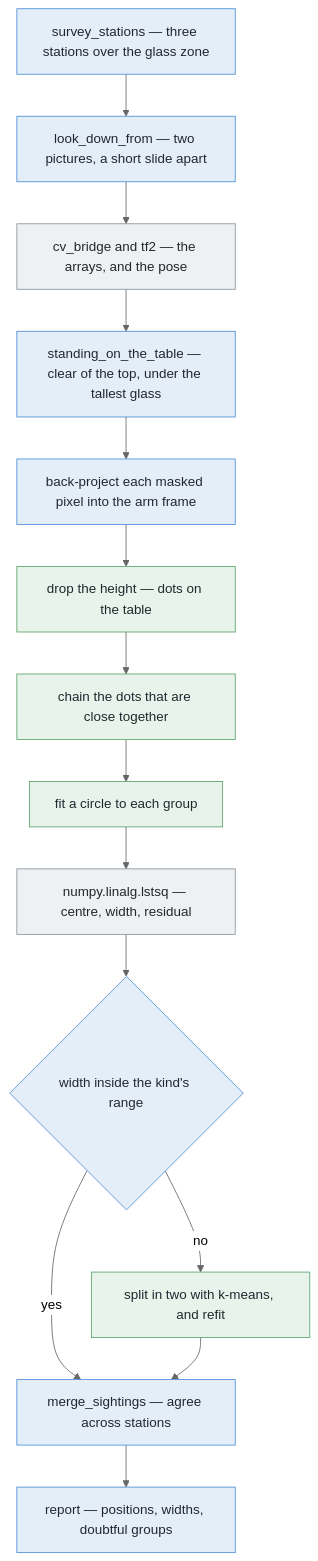
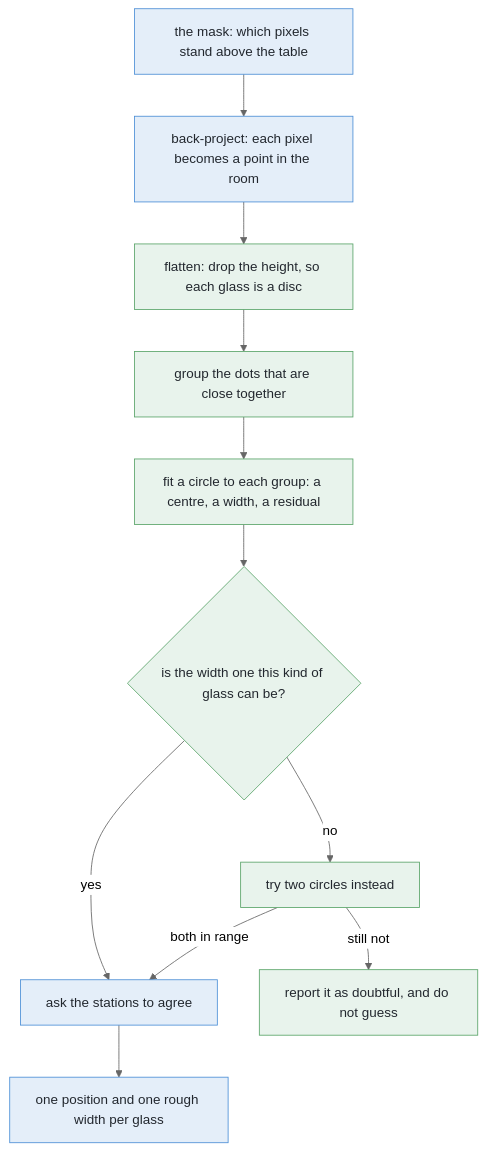
The diagram in v5-pick-glasses/docs/problem-2/solutions/02-cluster-on-the-table.md (RobinNagpal/robot-arm-projects), drawn with Mermaid (neutral theme) before and after one commit. The commit also changed other lines of this file, not shown here.

````diff
--- a/v5-pick-glasses/docs/problem-2/solutions/02-cluster-on-the-table.md
+++ b/v5-pick-glasses/docs/problem-2/solutions/02-cluster-on-the-table.md
@@ -512,29 +393,23 @@
 ```mermaid
 flowchart TD
-    S["survey_stations — three stations over the glass zone"] --> CAP["look_down_from — two pictures, a short slide apart"]
-    CAP --> BR["cv_bridge and tf2 — the arrays, and the pose"]
-    BR --> MK["standing_on_the_table — clear of the top, under the tallest glass"]
-    MK --> BP["back-project each masked pixel into the arm frame"]
-    BP --> FL["drop the height — dots on the table"]
-    FL --> CL["chain the dots that are close together"]
-    CL --> FIT["fit a circle to each group"]
-    FIT --> LS["numpy.linalg.lstsq — centre, width, residual"]
-    LS --> CHK{"width inside the kind's range"}
-    CHK -- yes --> MG["merge_sightings — agree across stations"]
-    CHK -- no --> SP["split in two with k-means, and refit"]
-    SP --> MG
-    MG --> RP["report — positions, widths, doubtful groups"]
+    M["the mask: which pixels stand above the table"] --> BP["back-project: each pixel becomes a point in the room"]
+    BP --> FL["flatten: drop the height, so each glass is a disc"]
+    FL --> CL["group the dots that are close together"]
+    CL --> FIT["fit a circle to each group: a centre, a width, a residual"]
+    FIT --> CHK{"is the width one this kind of glass can be?"}
+    CHK -- yes --> MG["ask the stations to agree"]
+    CHK -- no --> SP["try two circles instead"]
+    SP -- "both in range" --> MG
+    SP -- "still not" --> DB["report it as doubtful, and do not guess"]
+    MG --> RP["one position and one rough width per glass"]
+    style M fill:#e4eef9,stroke:#4c8fd6,color:#22272e
+    style BP fill:#e4eef9,stroke:#4c8fd6,color:#22272e
+    style MG fill:#e4eef9,stroke:#4c8fd6,color:#22272e
+    style RP fill:#e4eef9,stroke:#4c8fd6,color:#22272e
     style FL fill:#e8f3ec,stroke:#5aa469,color:#22272e
     style CL fill:#e8f3ec,stroke:#5aa469,color:#22272e
     style FIT fill:#e8f3ec,stroke:#5aa469,color:#22272e
+    style CHK fill:#e8f3ec,stroke:#5aa469,color:#22272e
     style SP fill:#e8f3ec,stroke:#5aa469,color:#22272e
-    style S fill:#e4eef9,stroke:#4c8fd6,color:#22272e
-    style CAP fill:#e4eef9,stroke:#4c8fd6,color:#22272e
-    style MK fill:#e4eef9,stroke:#4c8fd6,color:#22272e
-    style BP fill:#e4eef9,stroke:#4c8fd6,color:#22272e
-    style CHK fill:#e4eef9,stroke:#4c8fd6,color:#22272e
-    style MG fill:#e4eef9,stroke:#4c8fd6,color:#22272e
-    style RP fill:#e4eef9,stroke:#4c8fd6,color:#22272e
-    style BR fill:#eef0f2,stroke:#8b949e,color:#22272e
-    style LS fill:#eef0f2,stroke:#8b949e,color:#22272e
+    style DB fill:#e8f3ec,stroke:#5aa469,color:#22272e
 ```
````
